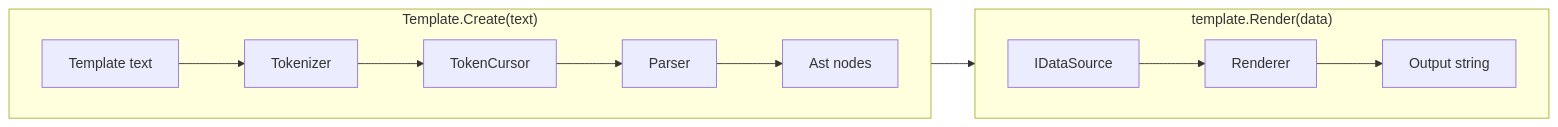
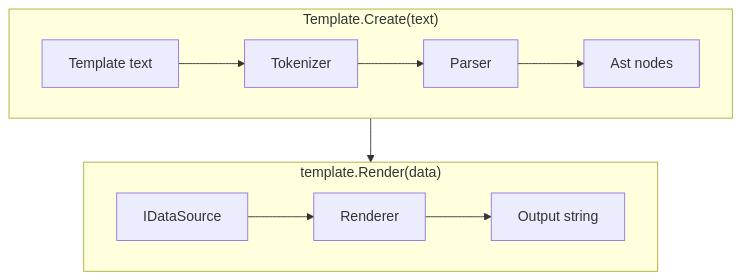
The first of 3 diagrams in docs/architecture.md (cihandeniz/guillemets), drawn with Mermaid before and after one commit. The commit also changed other lines of this file and 43 other files, not shown here.

````diff
--- a/docs/architecture.md
+++ b/docs/architecture.md
@@ -12,17 +12,16 @@
 ```mermaid
-flowchart LR
+flowchart TB
     subgraph Create["Template.Create(text)"]
         direction LR
         A[Template text] --> B[Tokenizer]
-        B --> C[TokenCursor]
-        C --> D[Parser]
-        D --> E["Ast nodes"]
+        B --> C[Parser]
+        C --> D["Ast nodes"]
     end
 
     subgraph Render["template.Render(data)"]
         direction LR
-        E --> F[Renderer]
-        G[IDataSource] --> F
-        F --> H[Output string]
+        D --> E[Renderer]
+        F[IDataSource] --> E
+        E --> G[Output string]
     end
 ```
````
